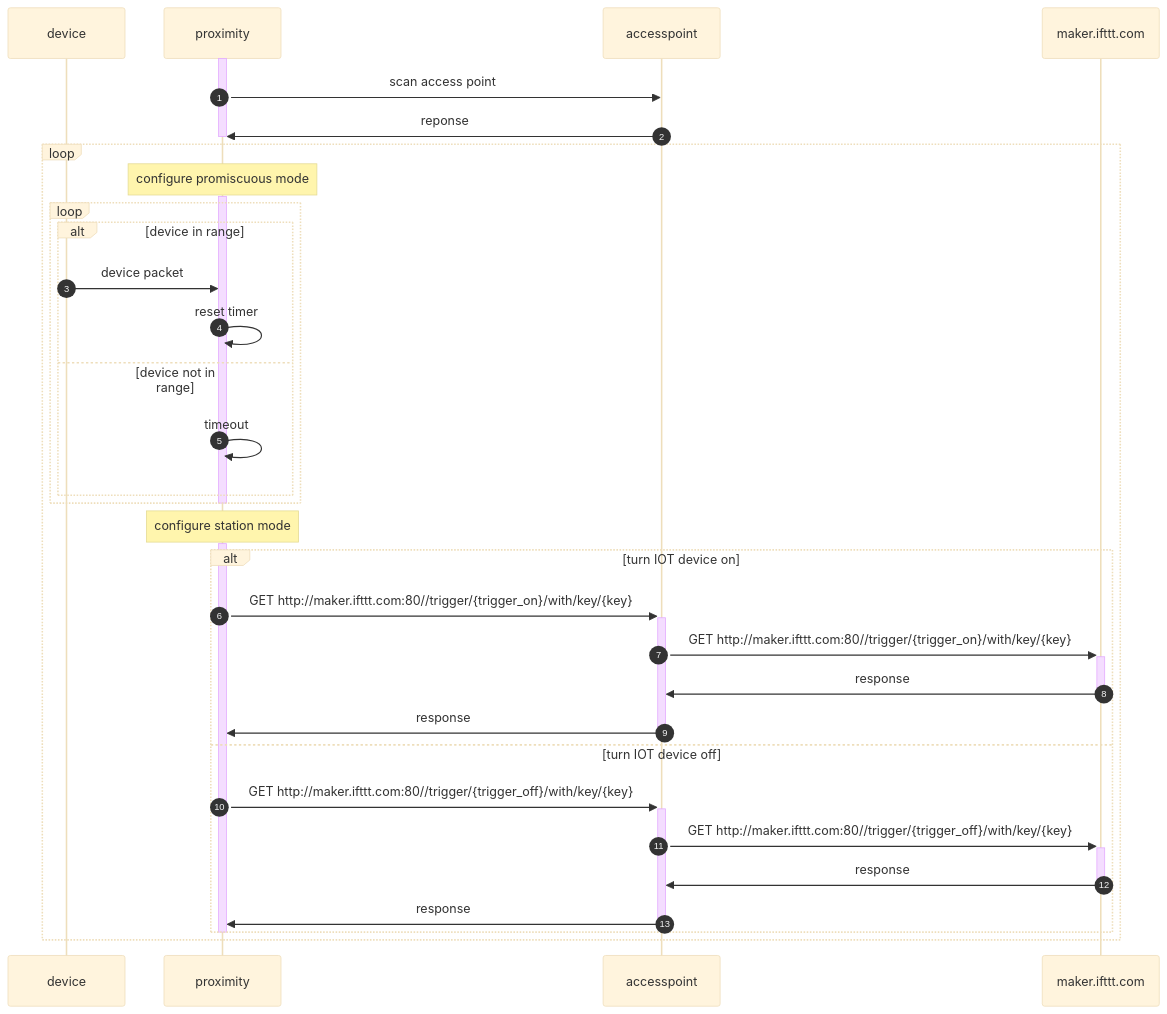
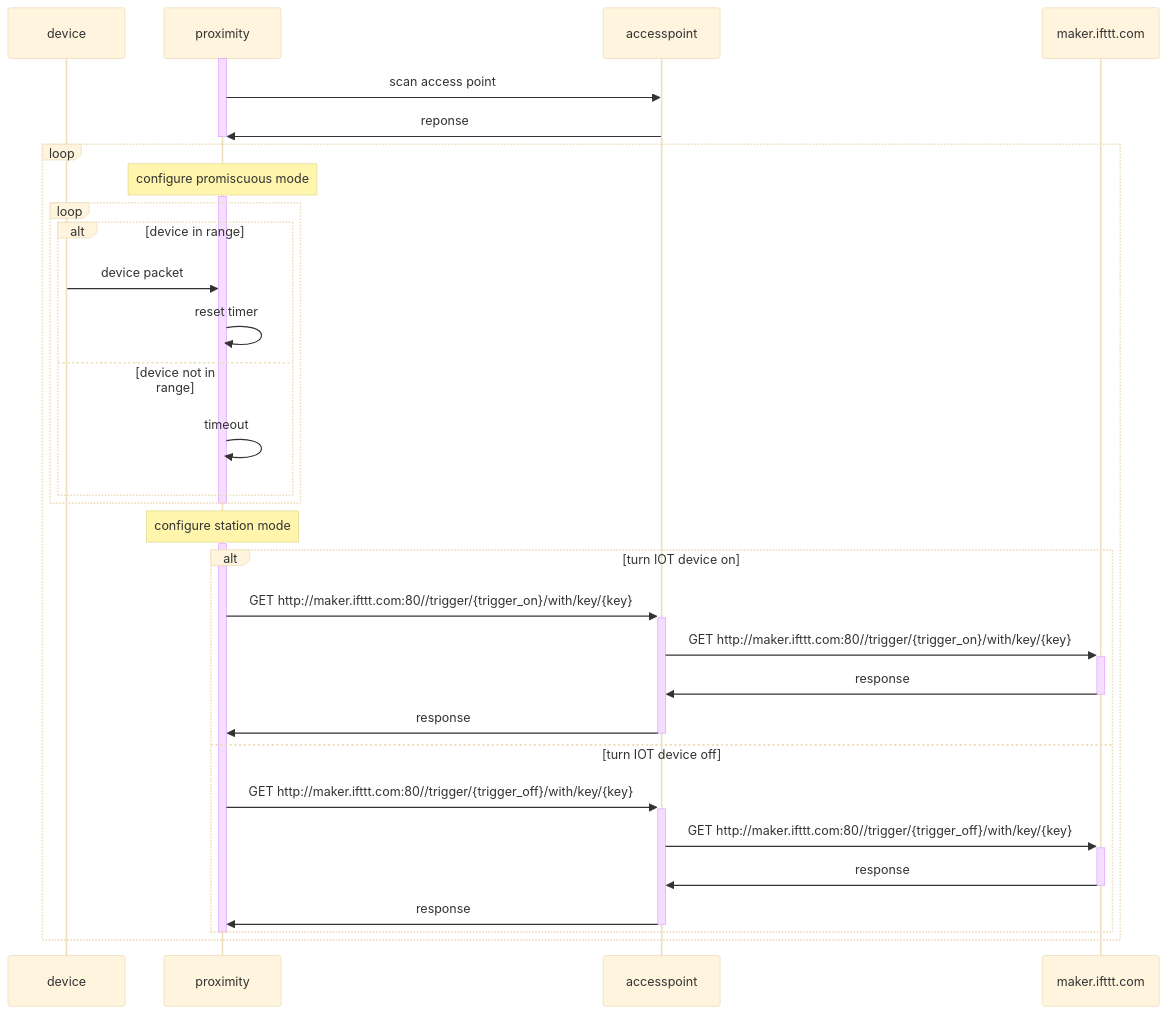
Before and after one commit to smcolash/proximity: the diagram in README.md, drawn with Mermaid (base theme).

````diff
--- a/README.md
+++ b/README.md
@@ -29,46 +29,45 @@
 ```mermaid
 sequenceDiagram
-  autonumber
   participant D as device
   participant P as proximity
   participant A as accesspoint
   participant I as maker.ifttt.com
 
   activate P
   P->>A: scan access point
   A->>P: reponse
   deactivate P
 
   loop
     note over P: configure promiscuous mode
 
     activate P
     loop
     alt device in range
       D->>P: device packet
       P->>P: reset timer
     else device not in range
       P->>P: timeout
     end
     end
     deactivate P
 
     note over P: configure station mode
     activate P
     alt turn IOT device on
       P->>+A: GET http://maker.ifttt.com:80//trigger/{trigger_on}/with/key/{key}
       A->>+I: GET http://maker.ifttt.com:80//trigger/{trigger_on}/with/key/{key}
       I->>-A: response
       A->>-P: response
     else turn IOT device off
       P->>+A: GET http://maker.ifttt.com:80//trigger/{trigger_off}/with/key/{key}
       A->>+I: GET http://maker.ifttt.com:80//trigger/{trigger_off}/with/key/{key}
       I->>-A: response
       A->>-P: response
     end
     deactivate P
 end
 
 
 
 ```
````
